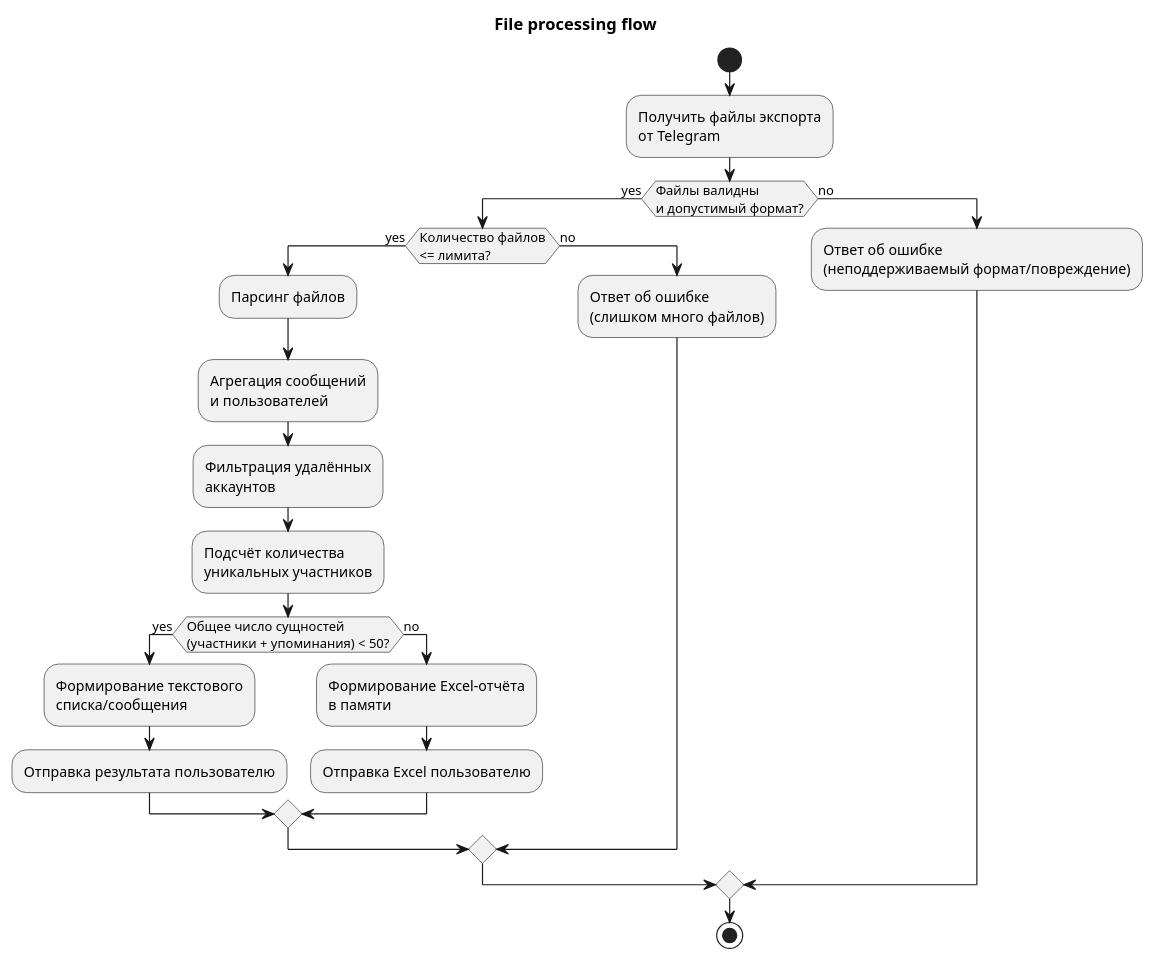
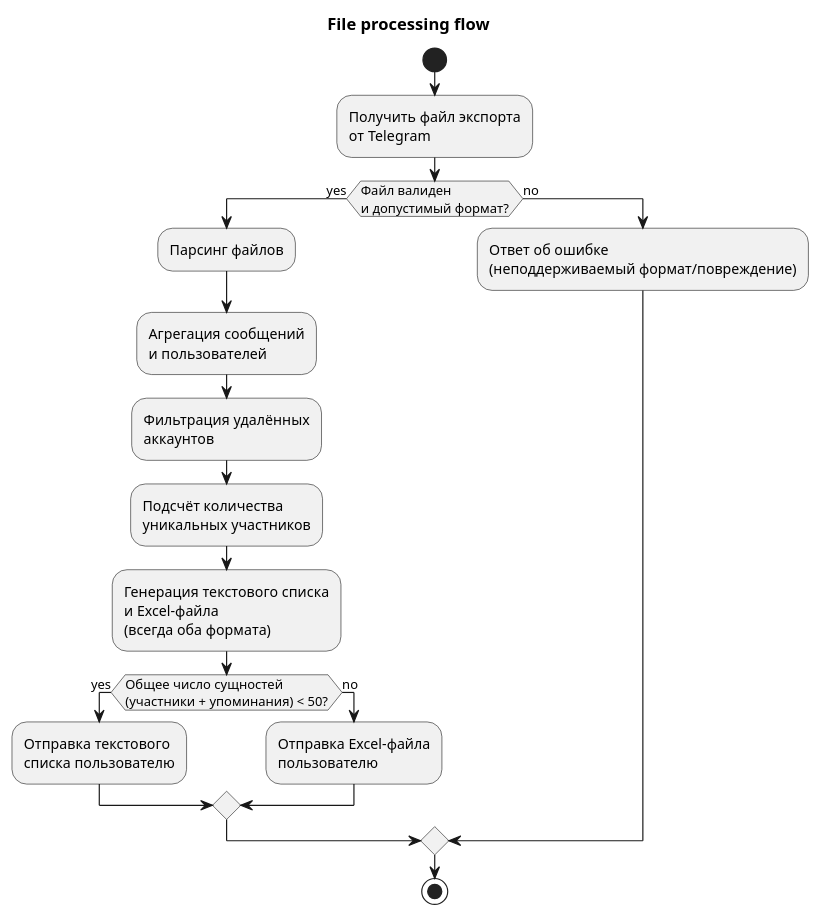
The diagram in docs/diagrams/flowchart.puml (vspochernin/chatlas), drawn with PlantUML before and after one commit. The commit also changed 5 other files, not shown here.

```diff
--- a/docs/diagrams/flowchart.puml
+++ b/docs/diagrams/flowchart.puml
@@ -1,28 +1,23 @@
 @startuml flowchart
 title File processing flow
 
 start
 
-:Получить файлы экспорта\nот Telegram;
-if (Файлы валидны\nи допустимый формат?) then (yes)
-  if (Количество файлов\n<= лимита?) then (yes)
+:Получить файл экспорта\nот Telegram;
+if (Файл валиден\nи допустимый формат?) then (yes)
     :Парсинг файлов;
     :Агрегация сообщений\nи пользователей;
     :Фильтрация удалённых\nаккаунтов;
     :Подсчёт количества\nуникальных участников;
+    :Генерация текстового списка\nи Excel-файла\n(всегда оба формата);
     if (Общее число сущностей\n(участники + упоминания) < 50?) then (yes)
-      :Формирование текстового\nсписка/сообщения;
-      :Отправка результата пользователю;
+      :Отправка текстового\nсписка пользователю;
     else (no)
-      :Формирование Excel-отчёта\nв памяти;
-      :Отправка Excel пользователю;
+      :Отправка Excel-файла\nпользователю;
     endif
-  else (no)
-    :Ответ об ошибке\n(слишком много файлов);
-  endif
 else (no)
   :Ответ об ошибке\n(неподдерживаемый формат/повреждение);
 endif
 
 stop
 @enduml
```
